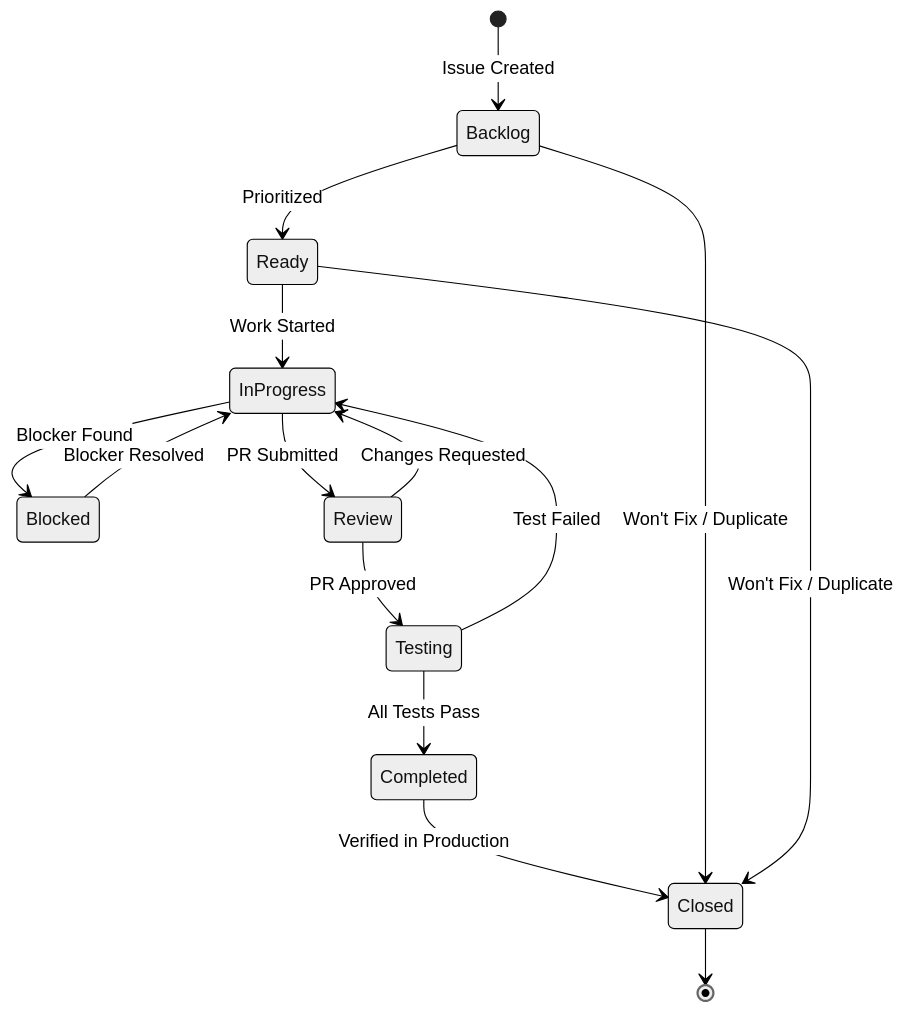
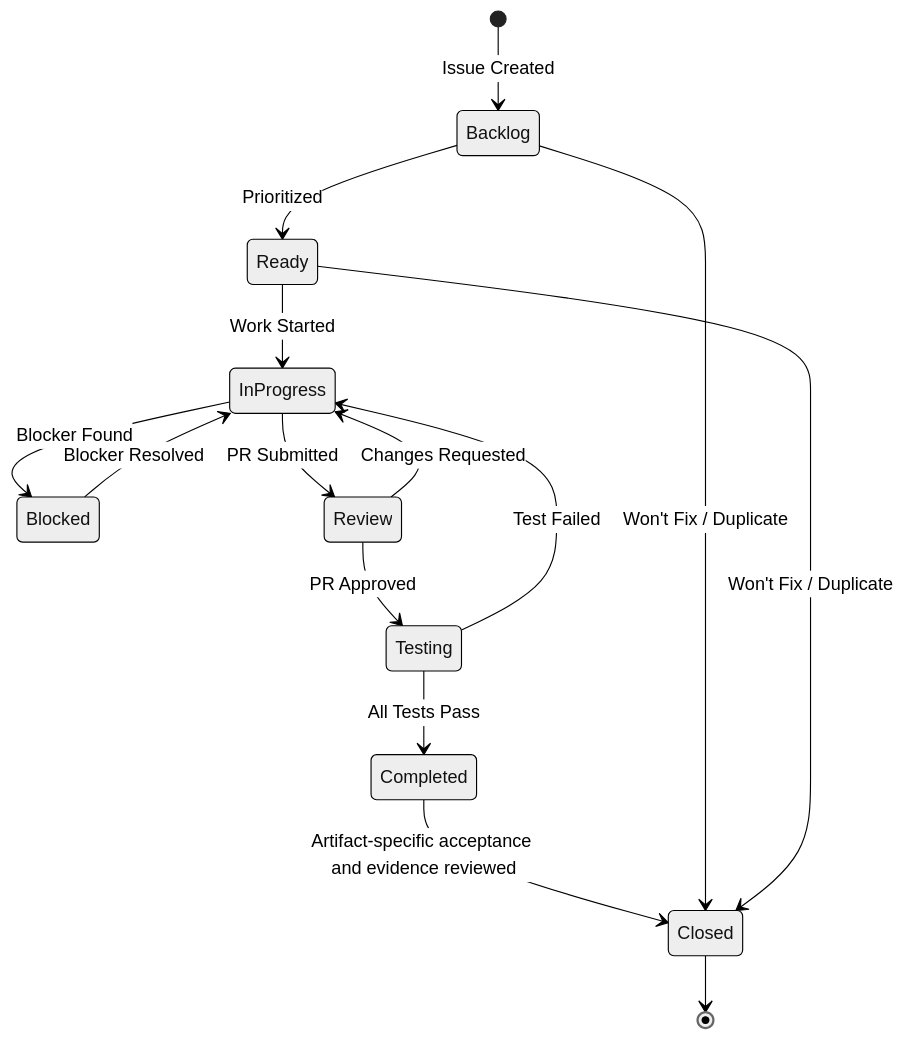
The diagram in docs/github-issue-workflow.md (zarfld/IntelAvbFilter), drawn with Mermaid (neutral theme) before and after one commit. The commit also changed other lines of this file and 12 other files, not shown here.

Commit message:
docs(governance): clarify artifact-specific issue closure and historical CI/HIL evidence

````diff
--- a/docs/github-issue-workflow.md
+++ b/docs/github-issue-workflow.md
@@ -69,18 +73,18 @@
 ```mermaid
 stateDiagram-v2
     [*] --> Backlog: Issue Created
     Backlog --> Ready: Prioritized
     Ready --> InProgress: Work Started
     InProgress --> Blocked: Blocker Found
     Blocked --> InProgress: Blocker Resolved
     InProgress --> Review: PR Submitted
     Review --> InProgress: Changes Requested
     Review --> Testing: PR Approved
     Testing --> InProgress: Test Failed
     Testing --> Completed: All Tests Pass
-    Completed --> Closed: Verified in Production
+    Completed --> Closed: Artifact-specific acceptance and evidence reviewed
     Closed --> [*]
     
     Backlog --> Closed: Won't Fix / Duplicate
     Ready --> Closed: Won't Fix / Duplicate
 ```
````
